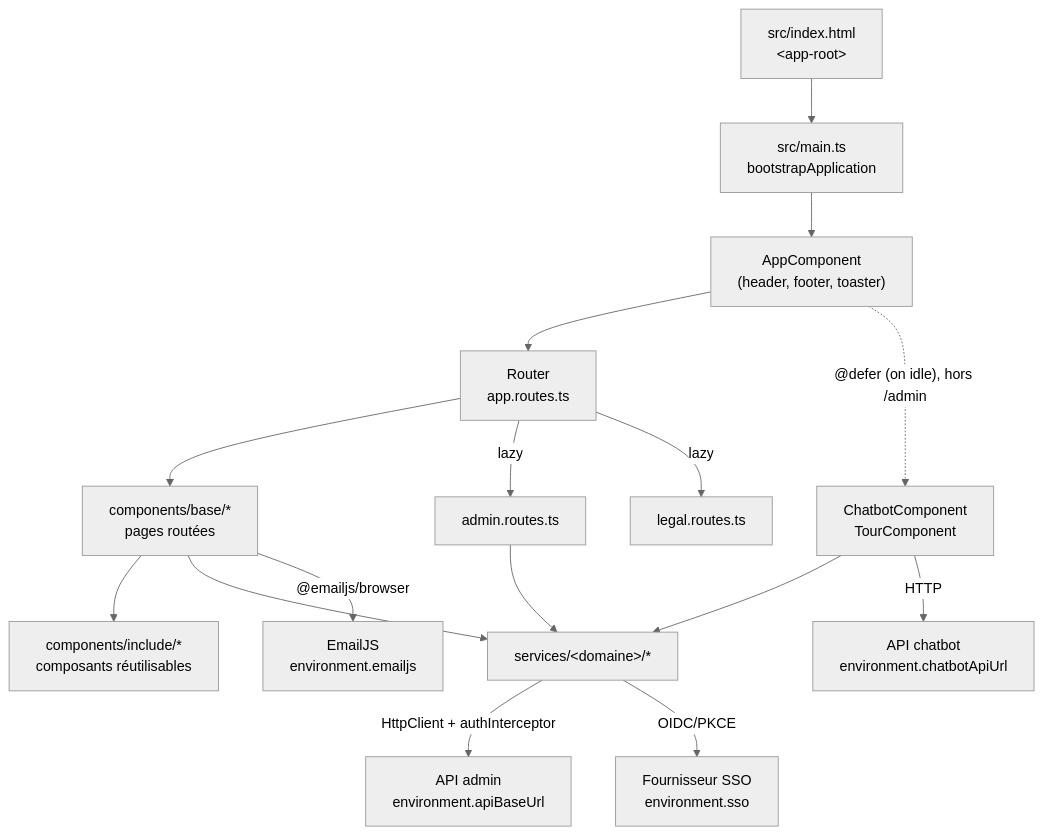
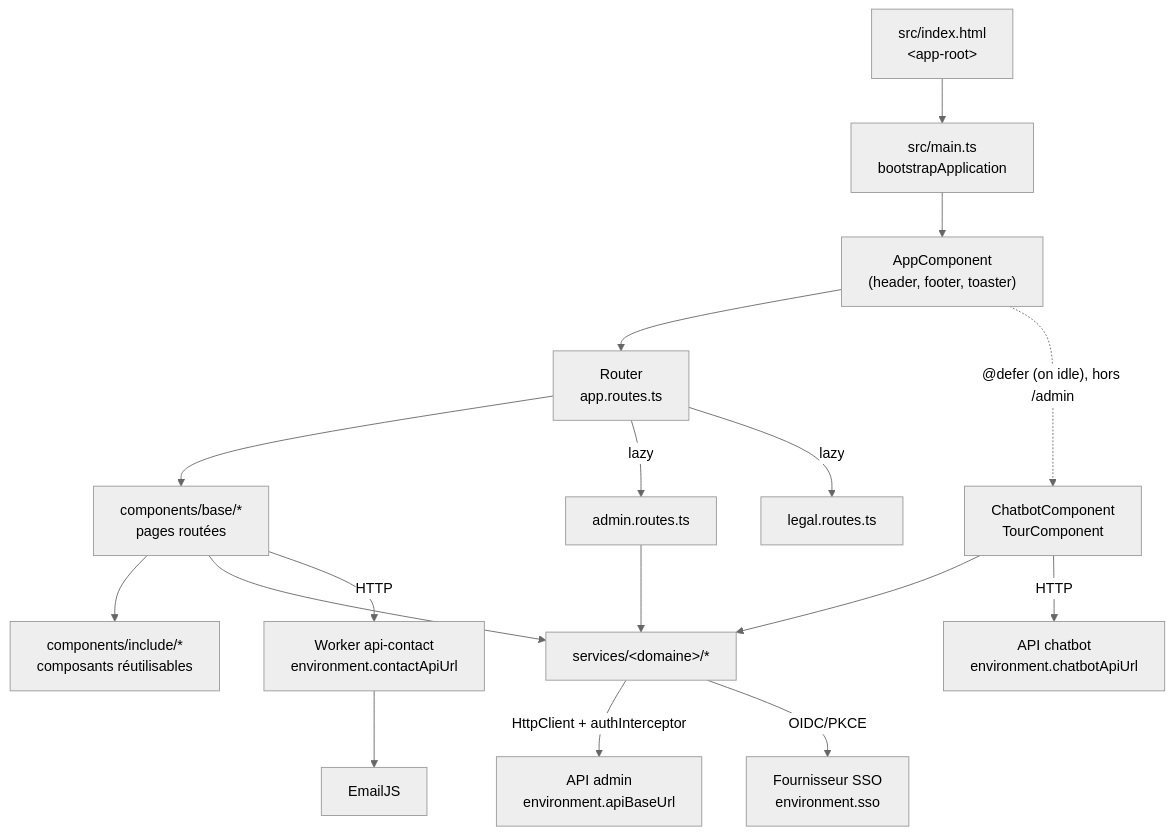
The diagram in docs/architecture.md (GaetanOff/Front-GaetanDev), drawn with Mermaid (neutral theme) before and after one commit. The commit also changed other lines of this file and 19 other files, not shown here.

First line of the commit message:
feat(contact): envoie le formulaire via le worker Cloudflare api-contact

````diff
--- a/docs/architecture.md
+++ b/docs/architecture.md
@@ -38,18 +38,19 @@
 ```mermaid
 flowchart TD
   IDX["src/index.html<br/>&lt;app-root&gt;"] --> MAIN["src/main.ts<br/>bootstrapApplication"]
   MAIN --> APP["AppComponent<br/>(header, footer, toaster)"]
   APP --> ROUTER["Router<br/>app.routes.ts"]
   APP -.->|"@defer (on idle), hors /admin"| GLOBAL["ChatbotComponent<br/>TourComponent"]
   ROUTER --> BASE["components/base/*<br/>pages routées"]
   ROUTER -->|lazy| ADMIN["admin.routes.ts"]
   ROUTER -->|lazy| LEGAL["legal.routes.ts"]
   BASE --> INC["components/include/*<br/>composants réutilisables"]
   BASE --> SVC["services/&lt;domaine&gt;/*"]
   ADMIN --> SVC
   GLOBAL --> SVC
   SVC -->|"HttpClient + authInterceptor"| API["API admin<br/>environment.apiBaseUrl"]
   SVC -->|OIDC/PKCE| SSO["Fournisseur SSO<br/>environment.sso"]
   GLOBAL -->|HTTP| BOT["API chatbot<br/>environment.chatbotApiUrl"]
-  BASE -->|"@emailjs/browser"| EJS["EmailJS<br/>environment.emailjs"]
+  BASE -->|HTTP| CONTACT["Worker api-contact<br/>environment.contactApiUrl"]
+  CONTACT --> EJS["EmailJS"]
 ```
````
